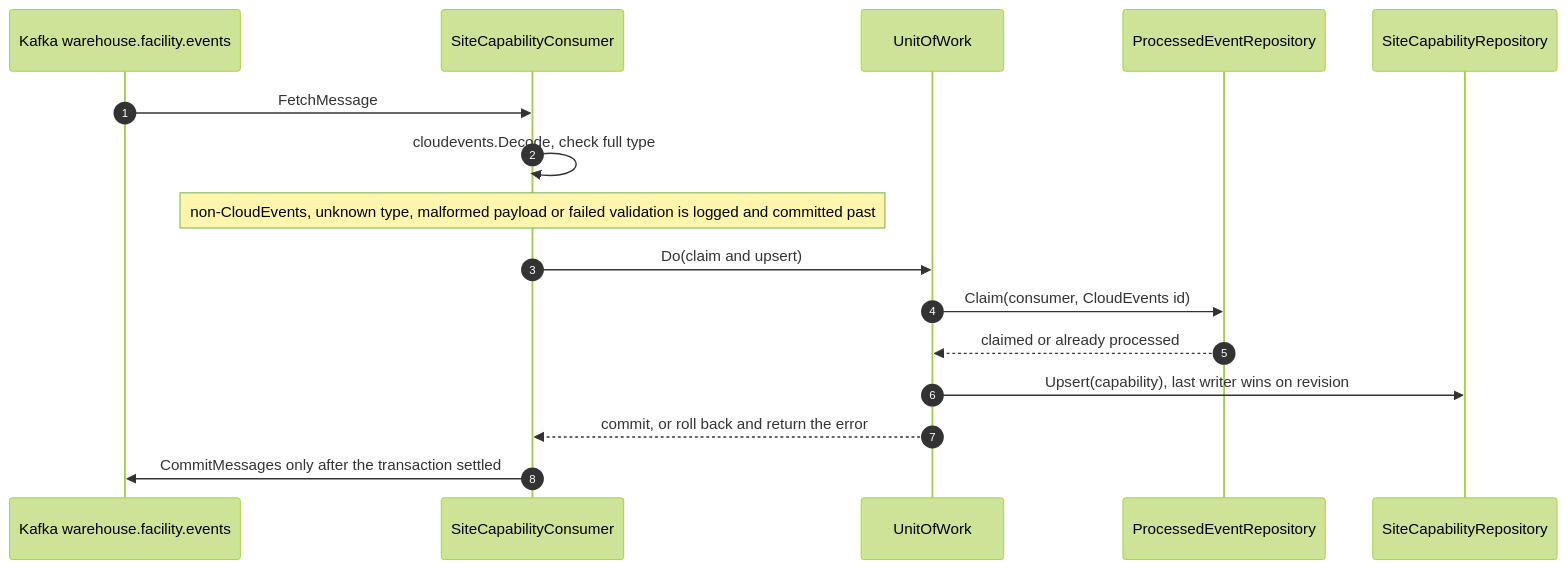
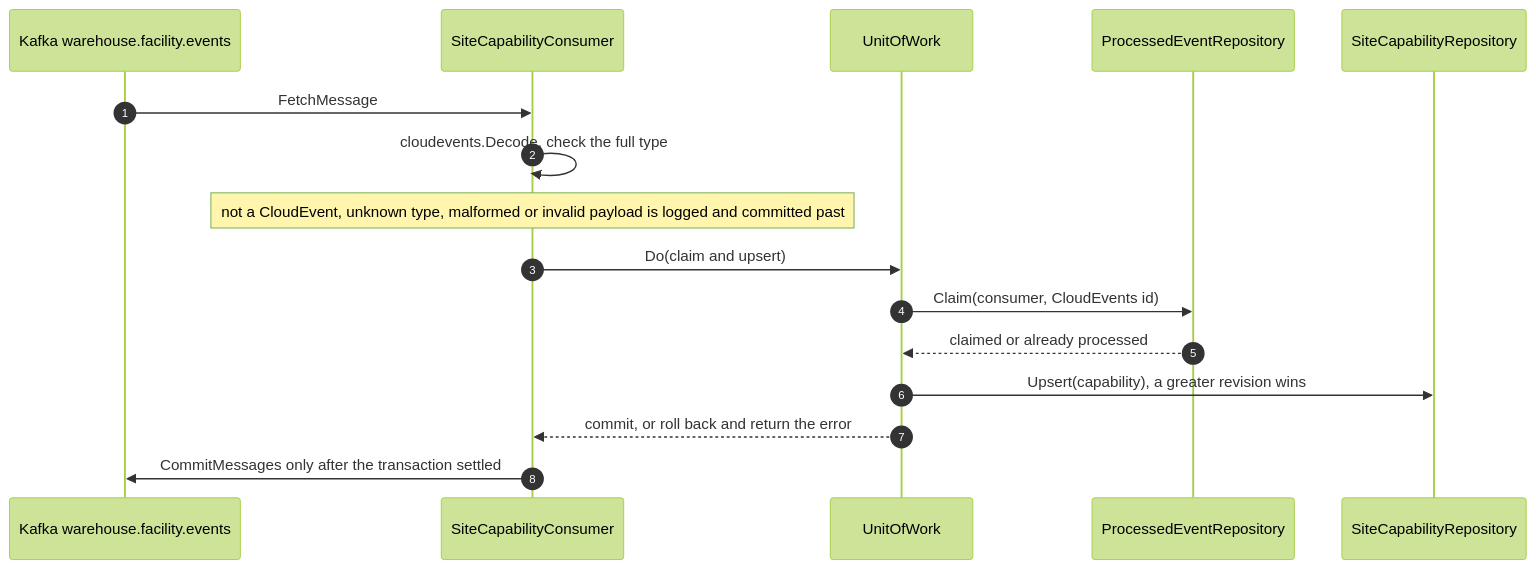
Before and after one commit to IQVO/warehouse-docs: the first of 8 diagrams in docs/contexts/network-inventory-planning/sequence-diagrams.md, drawn with Mermaid (forest theme). The commit also changed other lines of this file and 115 other files, not shown here.

````diff
--- a/docs/contexts/network-inventory-planning/sequence-diagrams.md
+++ b/docs/contexts/network-inventory-planning/sequence-diagrams.md
@@ -21,18 +23,18 @@
 ```mermaid
 sequenceDiagram
   autonumber
   participant K as Kafka warehouse.facility.events
   participant C as SiteCapabilityConsumer
   participant U as UnitOfWork
   participant P as ProcessedEventRepository
   participant R as SiteCapabilityRepository
   K->>C: FetchMessage
-  C->>C: cloudevents.Decode, check full type
-  Note over C: non-CloudEvents, unknown type, malformed payload or failed validation is logged and committed past
+  C->>C: cloudevents.Decode, check the full type
+  Note over C: not a CloudEvent, unknown type, malformed or invalid payload is logged and committed past
   C->>U: Do(claim and upsert)
   U->>P: Claim(consumer, CloudEvents id)
   P-->>U: claimed or already processed
-  U->>R: Upsert(capability), last writer wins on revision
+  U->>R: Upsert(capability), a greater revision wins
   U-->>C: commit, or roll back and return the error
   C->>K: CommitMessages only after the transaction settled
 ```
````
